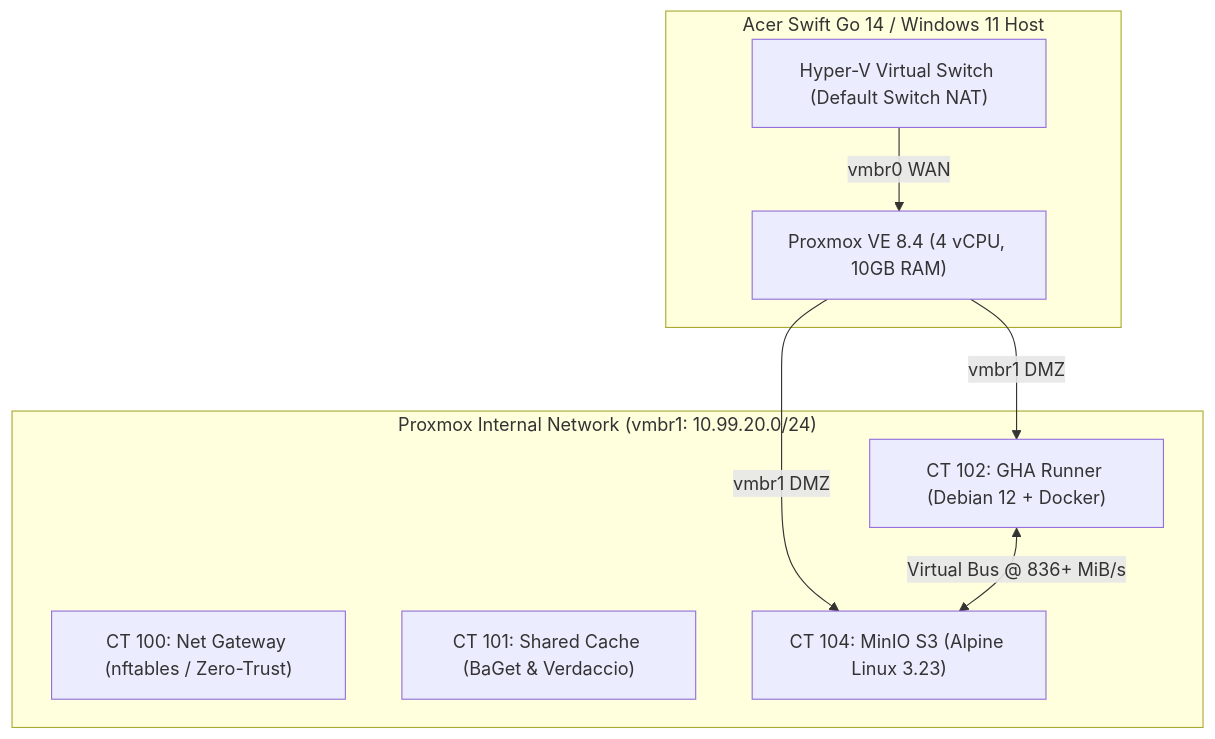
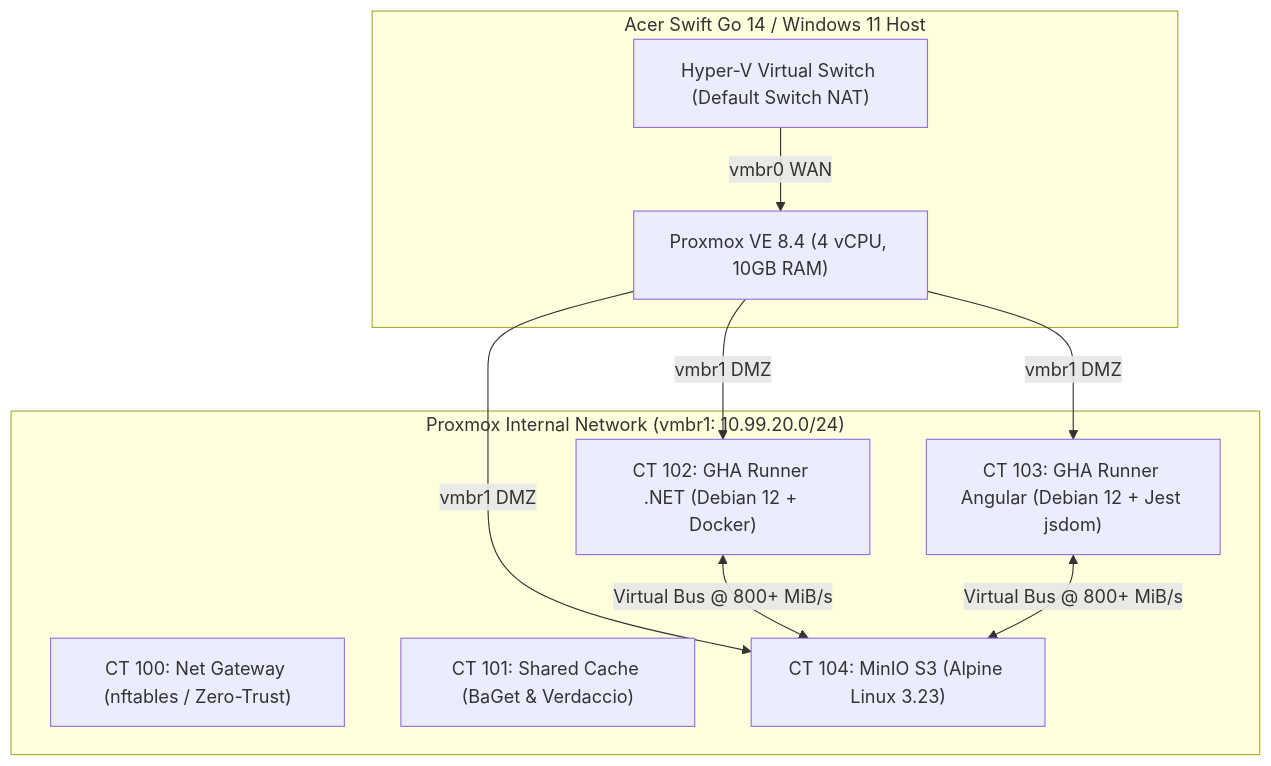
The diagram in wiki/Home.md (ugritchaichana/booth-homelab), drawn with Mermaid before and after one commit. The commit also changed other lines of this file and 3 other files, not shown here.

````diff
--- a/wiki/Home.md
+++ b/wiki/Home.md
@@ -22,19 +22,22 @@
 ```mermaid
 graph TD
     subgraph Host ["Acer Swift Go 14 / Windows 11 Host"]
         HV["Hyper-V Virtual Switch (Default Switch NAT)"]
         PVE["Proxmox VE 8.4 (4 vCPU, 10GB RAM)"]
     end
 
     subgraph Proxmox ["Proxmox Internal Network (vmbr1: 10.99.20.0/24)"]
         CT100["CT 100: Net Gateway (nftables / Zero-Trust)"]
         CT101["CT 101: Shared Cache (BaGet & Verdaccio)"]
-        CT102["CT 102: GHA Runner (Debian 12 + Docker)"]
+        CT102["CT 102: GHA Runner .NET (Debian 12 + Docker)"]
+        CT103["CT 103: GHA Runner Angular (Debian 12 + Jest jsdom)"]
         CT104["CT 104: MinIO S3 (Alpine Linux 3.23)"]
     end
 
     HV -->|vmbr0 WAN| PVE
     PVE -->|vmbr1 DMZ| CT102
+    PVE -->|vmbr1 DMZ| CT103
     PVE -->|vmbr1 DMZ| CT104
-    CT102 <-->|Virtual Bus @ 836+ MiB/s| CT104
+    CT102 <-->|Virtual Bus @ 800+ MiB/s| CT104
+    CT103 <-->|Virtual Bus @ 800+ MiB/s| CT104
 ```
````
